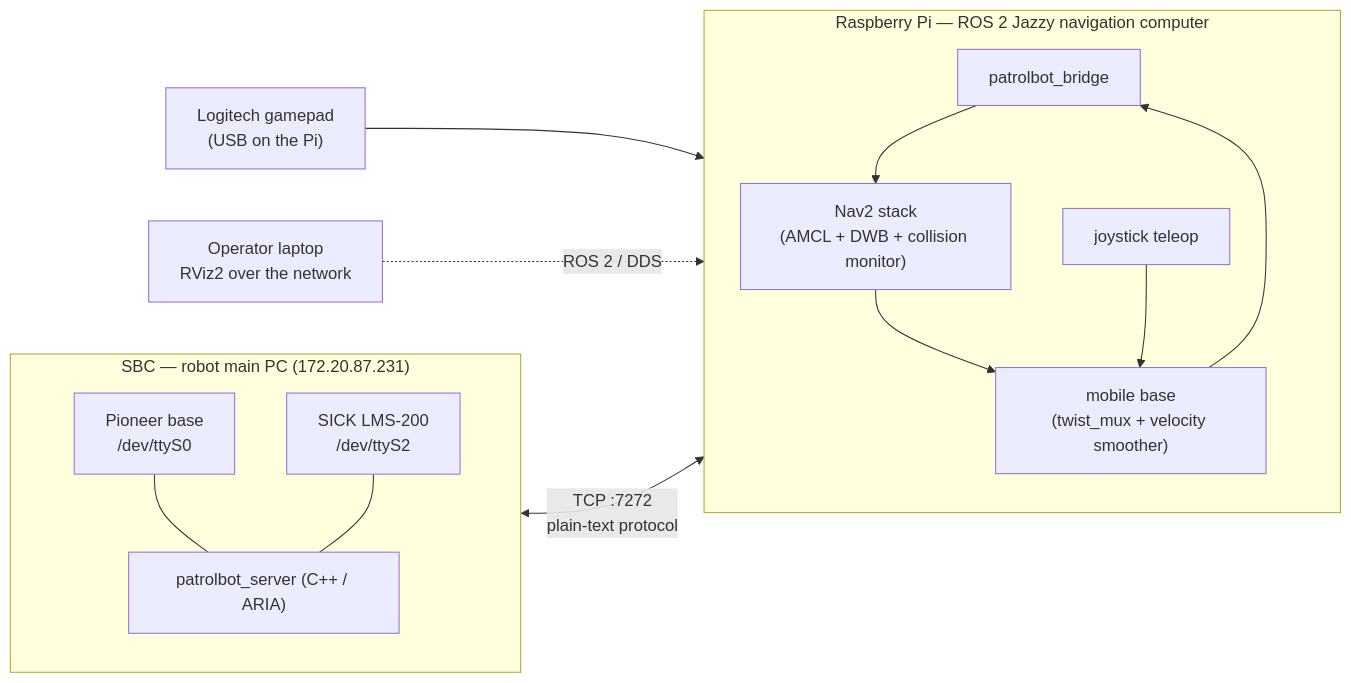
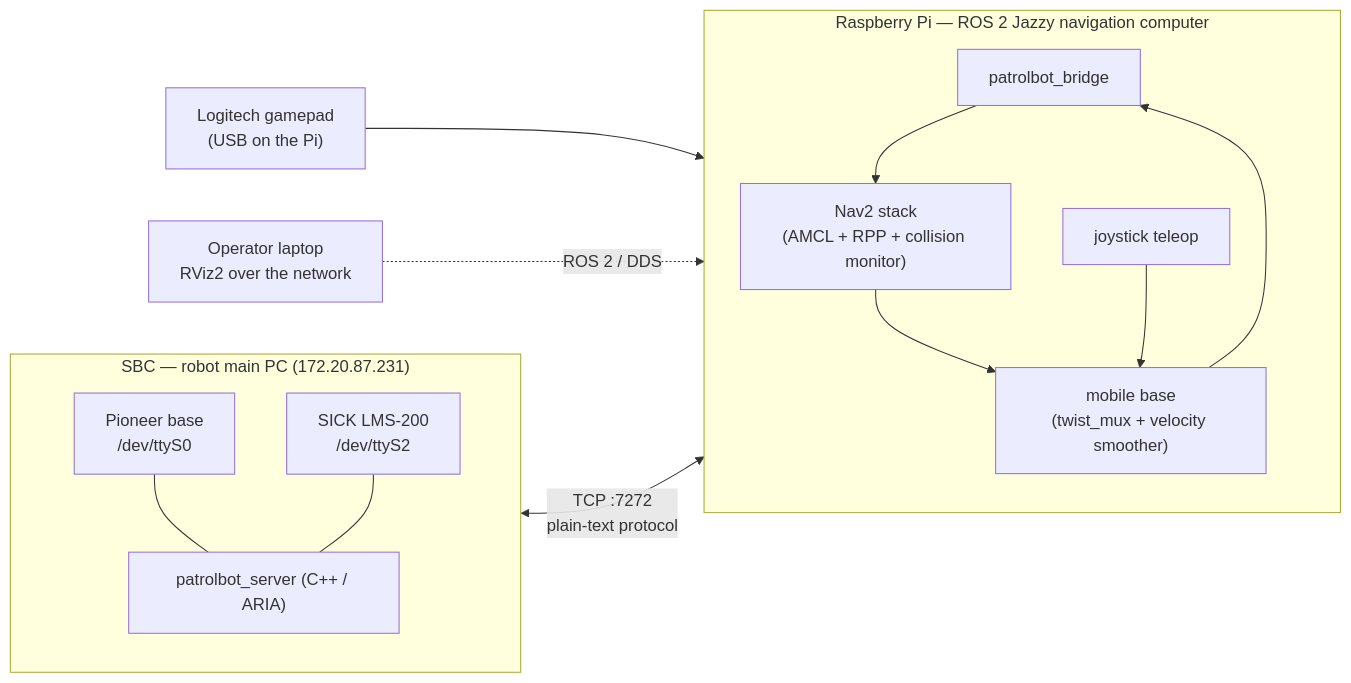
The diagram in docs/index.md (cmu-impactlab/patrolbot), drawn with Mermaid before and after one commit. The commit also changed other lines of this file and 7 other files, not shown here.

````diff
--- a/docs/index.md
+++ b/docs/index.md
@@ -18,28 +18,28 @@
 ```mermaid
 flowchart LR
     subgraph SBC["SBC — robot main PC (172.20.87.231)"]
         direction TB
         ARIA["patrolbot_server (C++ / ARIA)"]
         BASE["Pioneer base\n/dev/ttyS0"]
         LASER["SICK LMS-200\n/dev/ttyS2"]
         BASE --- ARIA
         LASER --- ARIA
     end
 
     subgraph PI["Raspberry Pi — ROS 2 Jazzy navigation computer"]
         direction TB
         BRIDGE["patrolbot_bridge"]
-        NAV["Nav2 stack\n(AMCL + DWB + collision monitor)"]
+        NAV["Nav2 stack\n(AMCL + RPP + collision monitor)"]
         BASECTRL["mobile base\n(twist_mux + velocity smoother)"]
         JOY["joystick teleop"]
         BRIDGE --> NAV
         NAV --> BASECTRL
         JOY --> BASECTRL
         BASECTRL --> BRIDGE
     end
 
     ARIA <-->|"TCP :7272\nplain-text protocol"| BRIDGE
 
     GAMEPAD["Logitech gamepad\n(USB on the Pi)"] --> JOY
     OPERATOR["Operator laptop\nRViz2 over the network"] -.->|"ROS 2 / DDS"| NAV
 ```
````
